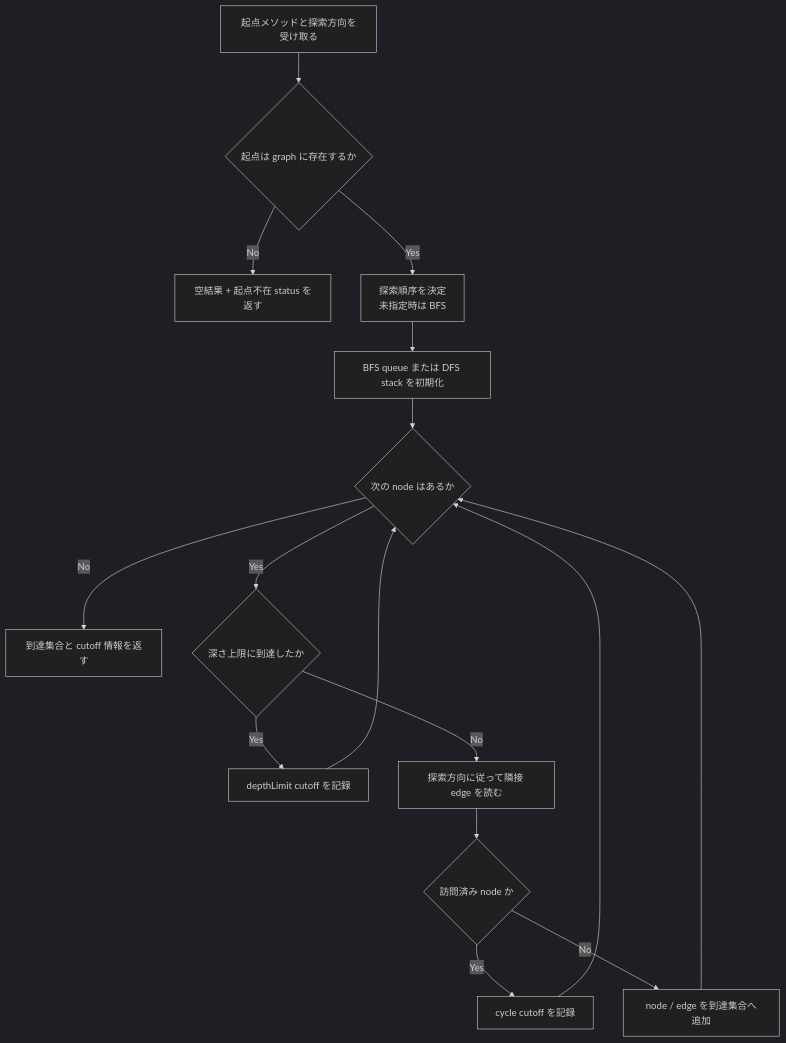
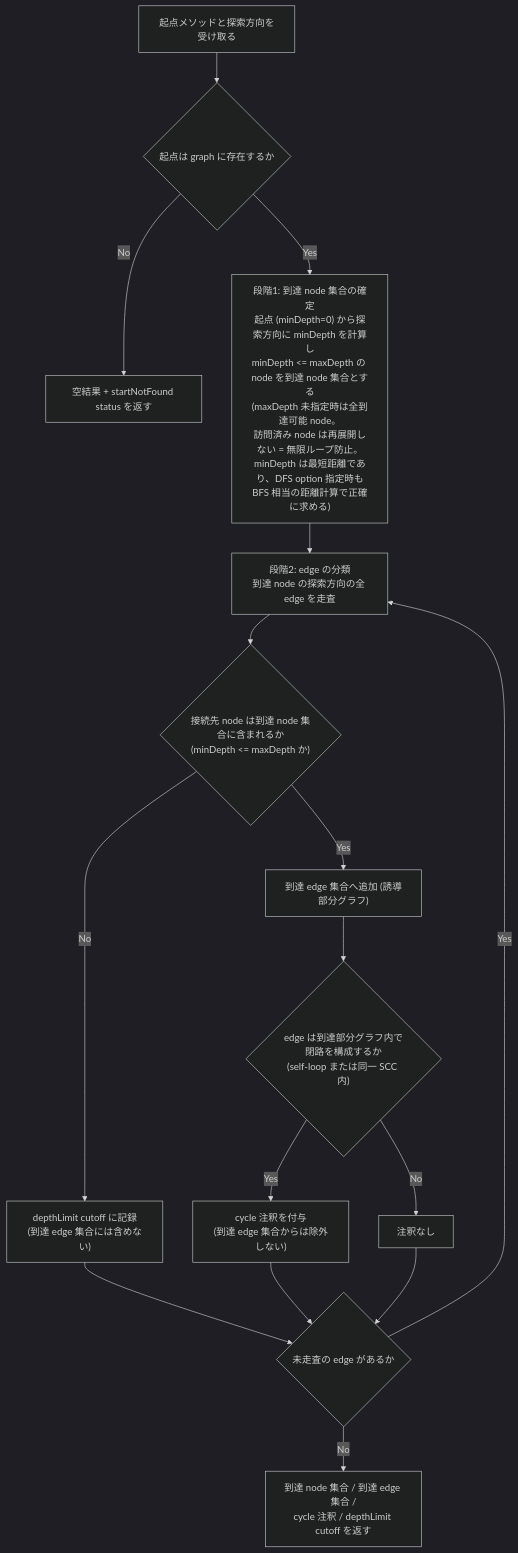
Before and after one commit to Fukuemon/depwalk: the first of 2 diagrams in specs/6-traversal/index.md, drawn with Mermaid (dark theme). The commit also changed other lines of this file and 4 other files, not shown here.

````diff
--- a/specs/6-traversal/index.md
+++ b/specs/6-traversal/index.md
@@ -318,18 +340,18 @@
 ```mermaid
 flowchart TD
     A["起点メソッドと探索方向を受け取る"] --> B{"起点は graph に存在するか"}
-    B -- "No" --> C["空結果 + 起点不在 status を返す"]
-    B -- "Yes" --> D["探索順序を決定<br/>未指定時は BFS"]
-    D --> E["BFS queue または DFS stack を初期化"]
-    E --> F{"次の node はあるか"}
-    F -- "No" --> G["到達集合と cutoff 情報を返す"]
-    F -- "Yes" --> H{"深さ上限に到達したか"}
-    H -- "Yes" --> I["depthLimit cutoff を記録"]
-    H -- "No" --> J["探索方向に従って隣接 edge を読む"]
-    J --> K{"訪問済み node か"}
-    K -- "Yes" --> L["cycle cutoff を記録"]
-    K -- "No" --> M["node / edge を到達集合へ追加"]
-    I --> F
-    L --> F
-    M --> F
+    B -- "No" --> C["空結果 + startNotFound status を返す"]
+    B -- "Yes" --> D["段階1: 到達 node 集合の確定<br/>起点 (minDepth=0) から探索方向に minDepth を計算し<br/>minDepth <= maxDepth の node を到達 node 集合とする<br/>(maxDepth 未指定時は全到達可能 node。<br/>訪問済み node は再展開しない = 無限ループ防止。<br/>minDepth は最短距離であり、DFS option 指定時も<br/>BFS 相当の距離計算で正確に求める)"]
+    D --> E["段階2: edge の分類<br/>到達 node の探索方向の全 edge を走査"]
+    E --> F{"接続先 node は到達 node 集合に含まれるか<br/>(minDepth <= maxDepth か)"}
+    F -- "No" --> G["depthLimit cutoff に記録<br/>(到達 edge 集合には含めない)"]
+    F -- "Yes" --> H["到達 edge 集合へ追加 (誘導部分グラフ)"]
+    H --> I{"edge は到達部分グラフ内で閉路を構成するか<br/>(self-loop または同一 SCC 内)"}
+    I -- "Yes" --> J["cycle 注釈を付与<br/>(到達 edge 集合からは除外しない)"]
+    I -- "No" --> K["注釈なし"]
+    G --> L{"未走査の edge があるか"}
+    J --> L
+    K --> L
+    L -- "Yes" --> E
+    L -- "No" --> M["到達 node 集合 / 到達 edge 集合 /<br/>cycle 注釈 / depthLimit cutoff を返す"]
 ```
````
